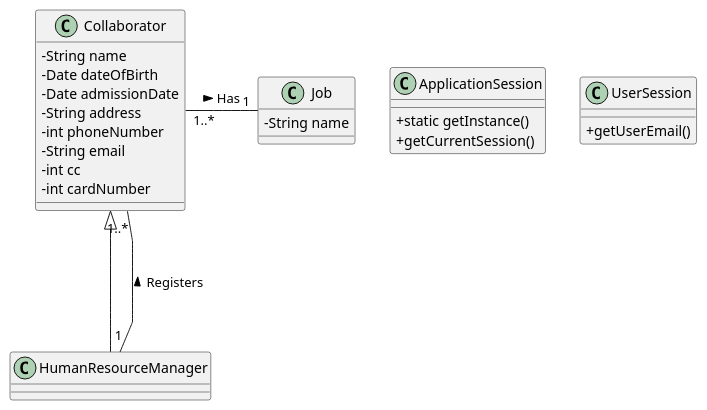
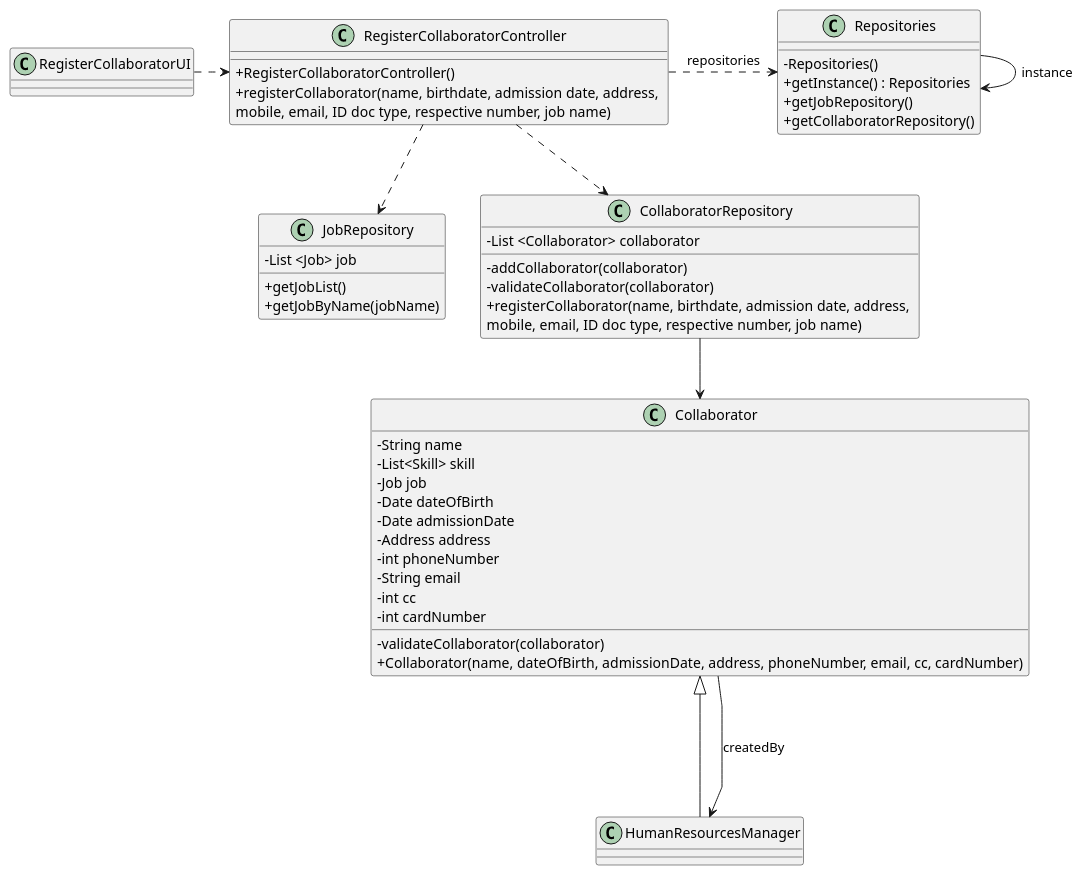
The diagram in docs/sprint2/us03/03.design/puml/us03-class-diagram.puml (Departamento-de-Engenharia-Informatica/lei-24-s2-1db-g022), drawn with PlantUML before and after one commit. The commit also changed 7 other files, not shown here.

Commit message:
us03- sequence diagrams complete

```diff
--- a/docs/sprint2/us03/03.design/puml/us03-class-diagram.puml
+++ b/docs/sprint2/us03/03.design/puml/us03-class-diagram.puml
@@ -1,44 +1,77 @@
 @startuml
 'skinparam monochrome true
 skinparam packageStyle rectangle
 skinparam shadowing false
 skinparam linetype polyline
 'skinparam linetype orto
 
 skinparam classAttributeIconSize 0
 
 'left to right direction
 
-class ApplicationSession
-{
-    + static getInstance()
-    + getCurrentSession()
+
+class RegisterCollaboratorController {
+
+    + RegisterCollaboratorController()
+    + registerCollaborator(name, birthdate, admission date, address, \nmobile, email, ID doc type, respective number, job name)
 }
 
-class UserSession
-{
-    + getUserEmail()
+class RegisterCollaboratorUI {
 }
 
 class Collaborator {
-    - String name
-    - Date dateOfBirth
-    - Date admissionDate
-    - String address
-    - int phoneNumber
-    - String email
-    - int cc
-    - int cardNumber
+    -String name
+    -List<Skill> skill
+    -Job job
+    -Date dateOfBirth
+    -Date admissionDate
+    -Address address
+    -int phoneNumber
+    -String email
+    -int cc
+    -int cardNumber
+
+    - validateCollaborator(collaborator)
+    + Collaborator(name, dateOfBirth, admissionDate, address, phoneNumber, email, cc, cardNumber)
 }
 
-class Job {
-    - String name
+class HumanResourcesManager {
 }
 
-class HumanResourceManager {
+class Repositories {
+
+    - Repositories()
+    + getInstance() : Repositories
+    + getJobRepository()
+    + getCollaboratorRepository()
 }
 
-Collaborator  <|---  HumanResourceManager
-HumanResourceManager "1" -- "1..*" Collaborator : Registers >
-Collaborator "1..*" - "1" Job : Has >
+class JobRepository {
+    - List <Job> job
+
+    + getJobList()
+    + getJobByName(jobName)
+}
+
+class CollaboratorRepository {
+    - List <Collaborator> collaborator
+
+    - addCollaborator(collaborator)
+    - validateCollaborator(collaborator)
+    + registerCollaborator(name, birthdate, admission date, address, \nmobile, email, ID doc type, respective number, job name)
+}
+Collaborator  <|---  HumanResourcesManager
+
+HumanResourcesManager <--  Collaborator: createdBy
+
+RegisterCollaboratorController .> Repositories : repositories
+RegisterCollaboratorController ..> JobRepository
+RegisterCollaboratorController ..> CollaboratorRepository
+
+RegisterCollaboratorUI .> RegisterCollaboratorController
+
+Repositories -> Repositories : instance
+
+CollaboratorRepository --> Collaborator
+
 @enduml
```
